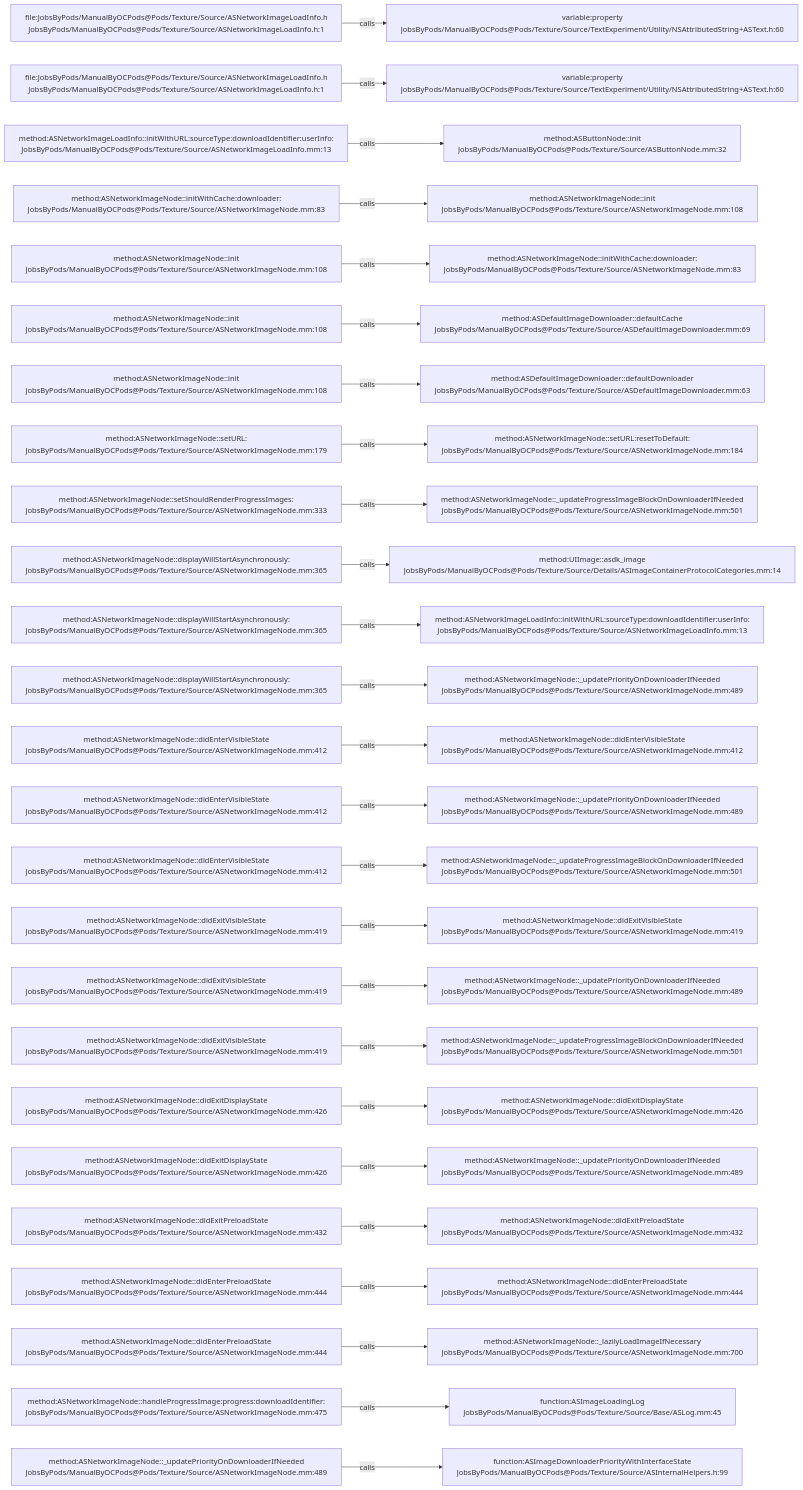
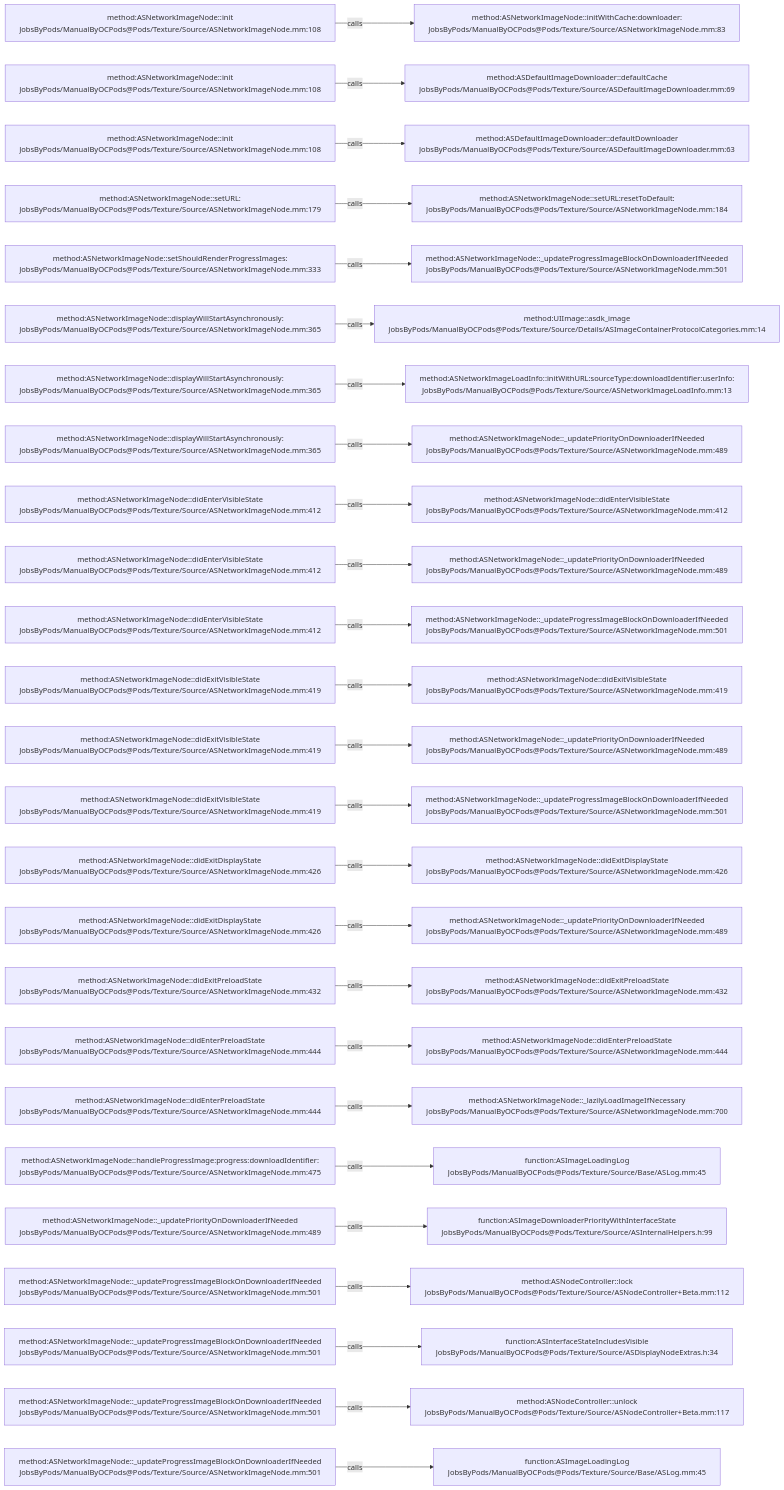
One commit to JobsKits/JobsOCBaseConfigDemo changed the diagram in .codegraph/codegraph.md/graphs/calls-115.md. Above: the diagram before and after it, drawn with Mermaid. The commit also changed 727 other files, not shown here.

````diff
--- a/.codegraph/codegraph.md/graphs/calls-115.md
+++ b/.codegraph/codegraph.md/graphs/calls-115.md
@@ -13,78 +13,78 @@
 ```mermaid
 flowchart LR
-  S1["file:JobsByPods/ManualByOCPods@Pods/Texture/Source/ASNetworkImageLoadInfo.h<br/>JobsByPods/ManualByOCPods@Pods/Texture/Source/ASNetworkImageLoadInfo.h:1"]
-  T1["variable:property<br/>JobsByPods/ManualByOCPods@Pods/Texture/Source/TextExperiment/Utility/NSAttributedString+ASText.h:60"]
+  S1["method:ASNetworkImageNode::init<br/>JobsByPods/ManualByOCPods@Pods/Texture/Source/ASNetworkImageNode.mm:108"]
+  T1["method:ASNetworkImageNode::initWithCache:downloader:<br/>JobsByPods/ManualByOCPods@Pods/Texture/Source/ASNetworkImageNode.mm:83"]
   S1 -->|calls| T1
-  S2["file:JobsByPods/ManualByOCPods@Pods/Texture/Source/ASNetworkImageLoadInfo.h<br/>JobsByPods/ManualByOCPods@Pods/Texture/Source/ASNetworkImageLoadInfo.h:1"]
-  T2["variable:property<br/>JobsByPods/ManualByOCPods@Pods/Texture/Source/TextExperiment/Utility/NSAttributedString+ASText.h:60"]
+  S2["method:ASNetworkImageNode::init<br/>JobsByPods/ManualByOCPods@Pods/Texture/Source/ASNetworkImageNode.mm:108"]
+  T2["method:ASDefaultImageDownloader::defaultCache<br/>JobsByPods/ManualByOCPods@Pods/Texture/Source/ASDefaultImageDownloader.mm:69"]
   S2 -->|calls| T2
-  S3["method:ASNetworkImageLoadInfo::initWithURL:sourceType:downloadIdentifier:userInfo:<br/>JobsByPods/ManualByOCPods@Pods/Texture/Source/ASNetworkImageLoadInfo.mm:13"]
-  T3["method:ASButtonNode::init<br/>JobsByPods/ManualByOCPods@Pods/Texture/Source/ASButtonNode.mm:32"]
+  S3["method:ASNetworkImageNode::init<br/>JobsByPods/ManualByOCPods@Pods/Texture/Source/ASNetworkImageNode.mm:108"]
+  T3["method:ASDefaultImageDownloader::defaultDownloader<br/>JobsByPods/ManualByOCPods@Pods/Texture/Source/ASDefaultImageDownloader.mm:63"]
   S3 -->|calls| T3
-  S4["method:ASNetworkImageNode::initWithCache:downloader:<br/>JobsByPods/ManualByOCPods@Pods/Texture/Source/ASNetworkImageNode.mm:83"]
-  T4["method:ASNetworkImageNode::init<br/>JobsByPods/ManualByOCPods@Pods/Texture/Source/ASNetworkImageNode.mm:108"]
+  S4["method:ASNetworkImageNode::setURL:<br/>JobsByPods/ManualByOCPods@Pods/Texture/Source/ASNetworkImageNode.mm:179"]
+  T4["method:ASNetworkImageNode::setURL:resetToDefault:<br/>JobsByPods/ManualByOCPods@Pods/Texture/Source/ASNetworkImageNode.mm:184"]
   S4 -->|calls| T4
-  S5["method:ASNetworkImageNode::init<br/>JobsByPods/ManualByOCPods@Pods/Texture/Source/ASNetworkImageNode.mm:108"]
-  T5["method:ASNetworkImageNode::initWithCache:downloader:<br/>JobsByPods/ManualByOCPods@Pods/Texture/Source/ASNetworkImageNode.mm:83"]
+  S5["method:ASNetworkImageNode::setShouldRenderProgressImages:<br/>JobsByPods/ManualByOCPods@Pods/Texture/Source/ASNetworkImageNode.mm:333"]
+  T5["method:ASNetworkImageNode::_updateProgressImageBlockOnDownloaderIfNeeded<br/>JobsByPods/ManualByOCPods@Pods/Texture/Source/ASNetworkImageNode.mm:501"]
   S5 -->|calls| T5
-  S6["method:ASNetworkImageNode::init<br/>JobsByPods/ManualByOCPods@Pods/Texture/Source/ASNetworkImageNode.mm:108"]
-  T6["method:ASDefaultImageDownloader::defaultCache<br/>JobsByPods/ManualByOCPods@Pods/Texture/Source/ASDefaultImageDownloader.mm:69"]
+  S6["method:ASNetworkImageNode::displayWillStartAsynchronously:<br/>JobsByPods/ManualByOCPods@Pods/Texture/Source/ASNetworkImageNode.mm:365"]
+  T6["method:UIImage::asdk_image<br/>JobsByPods/ManualByOCPods@Pods/Texture/Source/Details/ASImageContainerProtocolCategories.mm:14"]
   S6 -->|calls| T6
-  S7["method:ASNetworkImageNode::init<br/>JobsByPods/ManualByOCPods@Pods/Texture/Source/ASNetworkImageNode.mm:108"]
-  T7["method:ASDefaultImageDownloader::defaultDownloader<br/>JobsByPods/ManualByOCPods@Pods/Texture/Source/ASDefaultImageDownloader.mm:63"]
+  S7["method:ASNetworkImageNode::displayWillStartAsynchronously:<br/>JobsByPods/ManualByOCPods@Pods/Texture/Source/ASNetworkImageNode.mm:365"]
+  T7["method:ASNetworkImageLoadInfo::initWithURL:sourceType:downloadIdentifier:userInfo:<br/>JobsByPods/ManualByOCPods@Pods/Texture/Source/ASNetworkImageLoadInfo.mm:13"]
   S7 -->|calls| T7
-  S8["method:ASNetworkImageNode::setURL:<br/>JobsByPods/ManualByOCPods@Pods/Texture/Source/ASNetworkImageNode.mm:179"]
-  T8["method:ASNetworkImageNode::setURL:resetToDefault:<br/>JobsByPods/ManualByOCPods@Pods/Texture/Source/ASNetworkImageNode.mm:184"]
+  S8["method:ASNetworkImageNode::displayWillStartAsynchronously:<br/>JobsByPods/ManualByOCPods@Pods/Texture/Source/ASNetworkImageNode.mm:365"]
+  T8["method:ASNetworkImageNode::_updatePriorityOnDownloaderIfNeeded<br/>JobsByPods/ManualByOCPods@Pods/Texture/Source/ASNetworkImageNode.mm:489"]
   S8 -->|calls| T8
-  S9["method:ASNetworkImageNode::setShouldRenderProgressImages:<br/>JobsByPods/ManualByOCPods@Pods/Texture/Source/ASNetworkImageNode.mm:333"]
-  T9["method:ASNetworkImageNode::_updateProgressImageBlockOnDownloaderIfNeeded<br/>JobsByPods/ManualByOCPods@Pods/Texture/Source/ASNetworkImageNode.mm:501"]
+  S9["method:ASNetworkImageNode::didEnterVisibleState<br/>JobsByPods/ManualByOCPods@Pods/Texture/Source/ASNetworkImageNode.mm:412"]
+  T9["method:ASNetworkImageNode::didEnterVisibleState<br/>JobsByPods/ManualByOCPods@Pods/Texture/Source/ASNetworkImageNode.mm:412"]
   S9 -->|calls| T9
-  S10["method:ASNetworkImageNode::displayWillStartAsynchronously:<br/>JobsByPods/ManualByOCPods@Pods/Texture/Source/ASNetworkImageNode.mm:365"]
-  T10["method:UIImage::asdk_image<br/>JobsByPods/ManualByOCPods@Pods/Texture/Source/Details/ASImageContainerProtocolCategories.mm:14"]
+  S10["method:ASNetworkImageNode::didEnterVisibleState<br/>JobsByPods/ManualByOCPods@Pods/Texture/Source/ASNetworkImageNode.mm:412"]
+  T10["method:ASNetworkImageNode::_updatePriorityOnDownloaderIfNeeded<br/>JobsByPods/ManualByOCPods@Pods/Texture/Source/ASNetworkImageNode.mm:489"]
   S10 -->|calls| T10
-  S11["method:ASNetworkImageNode::displayWillStartAsynchronously:<br/>JobsByPods/ManualByOCPods@Pods/Texture/Source/ASNetworkImageNode.mm:365"]
-  T11["method:ASNetworkImageLoadInfo::initWithURL:sourceType:downloadIdentifier:userInfo:<br/>JobsByPods/ManualByOCPods@Pods/Texture/Source/ASNetworkImageLoadInfo.mm:13"]
+  S11["method:ASNetworkImageNode::didEnterVisibleState<br/>JobsByPods/ManualByOCPods@Pods/Texture/Source/ASNetworkImageNode.mm:412"]
+  T11["method:ASNetworkImageNode::_updateProgressImageBlockOnDownloaderIfNeeded<br/>JobsByPods/ManualByOCPods@Pods/Texture/Source/ASNetworkImageNode.mm:501"]
   S11 -->|calls| T11
-  S12["method:ASNetworkImageNode::displayWillStartAsynchronously:<br/>JobsByPods/ManualByOCPods@Pods/Texture/Source/ASNetworkImageNode.mm:365"]
-  T12["method:ASNetworkImageNode::_updatePriorityOnDownloaderIfNeeded<br/>JobsByPods/ManualByOCPods@Pods/Texture/Source/ASNetworkImageNode.mm:489"]
+  S12["method:ASNetworkImageNode::didExitVisibleState<br/>JobsByPods/ManualByOCPods@Pods/Texture/Source/ASNetworkImageNode.mm:419"]
+  T12["method:ASNetworkImageNode::didExitVisibleState<br/>JobsByPods/ManualByOCPods@Pods/Texture/Source/ASNetworkImageNode.mm:419"]
   S12 -->|calls| T12
-  S13["method:ASNetworkImageNode::didEnterVisibleState<br/>JobsByPods/ManualByOCPods@Pods/Texture/Source/ASNetworkImageNode.mm:412"]
-  T13["method:ASNetworkImageNode::didEnterVisibleState<br/>JobsByPods/ManualByOCPods@Pods/Texture/Source/ASNetworkImageNode.mm:412"]
+  S13["method:ASNetworkImageNode::didExitVisibleState<br/>JobsByPods/ManualByOCPods@Pods/Texture/Source/ASNetworkImageNode.mm:419"]
+  T13["method:ASNetworkImageNode::_updatePriorityOnDownloaderIfNeeded<br/>JobsByPods/ManualByOCPods@Pods/Texture/Source/ASNetworkImageNode.mm:489"]
   S13 -->|calls| T13
-  S14["method:ASNetworkImageNode::didEnterVisibleState<br/>JobsByPods/ManualByOCPods@Pods/Texture/Source/ASNetworkImageNode.mm:412"]
-  T14["method:ASNetworkImageNode::_updatePriorityOnDownloaderIfNeeded<br/>JobsByPods/ManualByOCPods@Pods/Texture/Source/ASNetworkImageNode.mm:489"]
+  S14["method:ASNetworkImageNode::didExitVisibleState<br/>JobsByPods/ManualByOCPods@Pods/Texture/Source/ASNetworkImageNode.mm:419"]
+  T14["method:ASNetworkImageNode::_updateProgressImageBlockOnDownloaderIfNeeded<br/>JobsByPods/ManualByOCPods@Pods/Texture/Source/ASNetworkImageNode.mm:501"]
   S14 -->|calls| T14
-  S15["method:ASNetworkImageNode::didEnterVisibleState<br/>JobsByPods/ManualByOCPods@Pods/Texture/Source/ASNetworkImageNode.mm:412"]
-  T15["method:ASNetworkImageNode::_updateProgressImageBlockOnDownloaderIfNeeded<br/>JobsByPods/ManualByOCPods@Pods/Texture/Source/ASNetworkImageNode.mm:501"]
+  S15["method:ASNetworkImageNode::didExitDisplayState<br/>JobsByPods/ManualByOCPods@Pods/Texture/Source/ASNetworkImageNode.mm:426"]
+  T15["method:ASNetworkImageNode::didExitDisplayState<br/>JobsByPods/ManualByOCPods@Pods/Texture/Source/ASNetworkImageNode.mm:426"]
   S15 -->|calls| T15
-  S16["method:ASNetworkImageNode::didExitVisibleState<br/>JobsByPods/ManualByOCPods@Pods/Texture/Source/ASNetworkImageNode.mm:419"]
-  T16["method:ASNetworkImageNode::didExitVisibleState<br/>JobsByPods/ManualByOCPods@Pods/Texture/Source/ASNetworkImageNode.mm:419"]
+  S16["method:ASNetworkImageNode::didExitDisplayState<br/>JobsByPods/ManualByOCPods@Pods/Texture/Source/ASNetworkImageNode.mm:426"]
+  T16["method:ASNetworkImageNode::_updatePriorityOnDownloaderIfNeeded<br/>JobsByPods/ManualByOCPods@Pods/Texture/Source/ASNetworkImageNode.mm:489"]
   S16 -->|calls| T16
-  S17["method:ASNetworkImageNode::didExitVisibleState<br/>JobsByPods/ManualByOCPods@Pods/Texture/Source/ASNetworkImageNode.mm:419"]
-  T17["method:ASNetworkImageNode::_updatePriorityOnDownloaderIfNeeded<br/>JobsByPods/ManualByOCPods@Pods/Texture/Source/ASNetworkImageNode.mm:489"]
+  S17["method:ASNetworkImageNode::didExitPreloadState<br/>JobsByPods/ManualByOCPods@Pods/Texture/Source/ASNetworkImageNode.mm:432"]
+  T17["method:ASNetworkImageNode::didExitPreloadState<br/>JobsByPods/ManualByOCPods@Pods/Texture/Source/ASNetworkImageNode.mm:432"]
   S17 -->|calls| T17
-  S18["method:ASNetworkImageNode::didExitVisibleState<br/>JobsByPods/ManualByOCPods@Pods/Texture/Source/ASNetworkImageNode.mm:419"]
-  T18["method:ASNetworkImageNode::_updateProgressImageBlockOnDownloaderIfNeeded<br/>JobsByPods/ManualByOCPods@Pods/Texture/Source/ASNetworkImageNode.mm:501"]
+  S18["method:ASNetworkImageNode::didEnterPreloadState<br/>JobsByPods/ManualByOCPods@Pods/Texture/Source/ASNetworkImageNode.mm:444"]
+  T18["method:ASNetworkImageNode::didEnterPreloadState<br/>JobsByPods/ManualByOCPods@Pods/Texture/Source/ASNetworkImageNode.mm:444"]
   S18 -->|calls| T18
-  S19["method:ASNetworkImageNode::didExitDisplayState<br/>JobsByPods/ManualByOCPods@Pods/Texture/Source/ASNetworkImageNode.mm:426"]
-  T19["method:ASNetworkImageNode::didExitDisplayState<br/>JobsByPods/ManualByOCPods@Pods/Texture/Source/ASNetworkImageNode.mm:426"]
+  S19["method:ASNetworkImageNode::didEnterPreloadState<br/>JobsByPods/ManualByOCPods@Pods/Texture/Source/ASNetworkImageNode.mm:444"]
+  T19["method:ASNetworkImageNode::_lazilyLoadImageIfNecessary<br/>JobsByPods/ManualByOCPods@Pods/Texture/Source/ASNetworkImageNode.mm:700"]
   S19 -->|calls| T19
-  S20["method:ASNetworkImageNode::didExitDisplayState<br/>JobsByPods/ManualByOCPods@Pods/Texture/Source/ASNetworkImageNode.mm:426"]
-  T20["method:ASNetworkImageNode::_updatePriorityOnDownloaderIfNeeded<br/>JobsByPods/ManualByOCPods@Pods/Texture/Source/ASNetworkImageNode.mm:489"]
+  S20["method:ASNetworkImageNode::handleProgressImage:progress:downloadIdentifier:<br/>JobsByPods/ManualByOCPods@Pods/Texture/Source/ASNetworkImageNode.mm:475"]
+  T20["function:ASImageLoadingLog<br/>JobsByPods/ManualByOCPods@Pods/Texture/Source/Base/ASLog.mm:45"]
   S20 -->|calls| T20
-  S21["method:ASNetworkImageNode::didExitPreloadState<br/>JobsByPods/ManualByOCPods@Pods/Texture/Source/ASNetworkImageNode.mm:432"]
-  T21["method:ASNetworkImageNode::didExitPreloadState<br/>JobsByPods/ManualByOCPods@Pods/Texture/Source/ASNetworkImageNode.mm:432"]
+  S21["method:ASNetworkImageNode::_updatePriorityOnDownloaderIfNeeded<br/>JobsByPods/ManualByOCPods@Pods/Texture/Source/ASNetworkImageNode.mm:489"]
+  T21["function:ASImageDownloaderPriorityWithInterfaceState<br/>JobsByPods/ManualByOCPods@Pods/Texture/Source/ASInternalHelpers.h:99"]
   S21 -->|calls| T21
-  S22["method:ASNetworkImageNode::didEnterPreloadState<br/>JobsByPods/ManualByOCPods@Pods/Texture/Source/ASNetworkImageNode.mm:444"]
-  T22["method:ASNetworkImageNode::didEnterPreloadState<br/>JobsByPods/ManualByOCPods@Pods/Texture/Source/ASNetworkImageNode.mm:444"]
+  S22["method:ASNetworkImageNode::_updateProgressImageBlockOnDownloaderIfNeeded<br/>JobsByPods/ManualByOCPods@Pods/Texture/Source/ASNetworkImageNode.mm:501"]
+  T22["method:ASNodeController::lock<br/>JobsByPods/ManualByOCPods@Pods/Texture/Source/ASNodeController+Beta.mm:112"]
   S22 -->|calls| T22
-  S23["method:ASNetworkImageNode::didEnterPreloadState<br/>JobsByPods/ManualByOCPods@Pods/Texture/Source/ASNetworkImageNode.mm:444"]
-  T23["method:ASNetworkImageNode::_lazilyLoadImageIfNecessary<br/>JobsByPods/ManualByOCPods@Pods/Texture/Source/ASNetworkImageNode.mm:700"]
+  S23["method:ASNetworkImageNode::_updateProgressImageBlockOnDownloaderIfNeeded<br/>JobsByPods/ManualByOCPods@Pods/Texture/Source/ASNetworkImageNode.mm:501"]
+  T23["function:ASInterfaceStateIncludesVisible<br/>JobsByPods/ManualByOCPods@Pods/Texture/Source/ASDisplayNodeExtras.h:34"]
   S23 -->|calls| T23
-  S24["method:ASNetworkImageNode::handleProgressImage:progress:downloadIdentifier:<br/>JobsByPods/ManualByOCPods@Pods/Texture/Source/ASNetworkImageNode.mm:475"]
-  T24["function:ASImageLoadingLog<br/>JobsByPods/ManualByOCPods@Pods/Texture/Source/Base/ASLog.mm:45"]
+  S24["method:ASNetworkImageNode::_updateProgressImageBlockOnDownloaderIfNeeded<br/>JobsByPods/ManualByOCPods@Pods/Texture/Source/ASNetworkImageNode.mm:501"]
+  T24["method:ASNodeController::unlock<br/>JobsByPods/ManualByOCPods@Pods/Texture/Source/ASNodeController+Beta.mm:117"]
   S24 -->|calls| T24
-  S25["method:ASNetworkImageNode::_updatePriorityOnDownloaderIfNeeded<br/>JobsByPods/ManualByOCPods@Pods/Texture/Source/ASNetworkImageNode.mm:489"]
-  T25["function:ASImageDownloaderPriorityWithInterfaceState<br/>JobsByPods/ManualByOCPods@Pods/Texture/Source/ASInternalHelpers.h:99"]
+  S25["method:ASNetworkImageNode::_updateProgressImageBlockOnDownloaderIfNeeded<br/>JobsByPods/ManualByOCPods@Pods/Texture/Source/ASNetworkImageNode.mm:501"]
+  T25["function:ASImageLoadingLog<br/>JobsByPods/ManualByOCPods@Pods/Texture/Source/Base/ASLog.mm:45"]
   S25 -->|calls| T25
 ```
````
